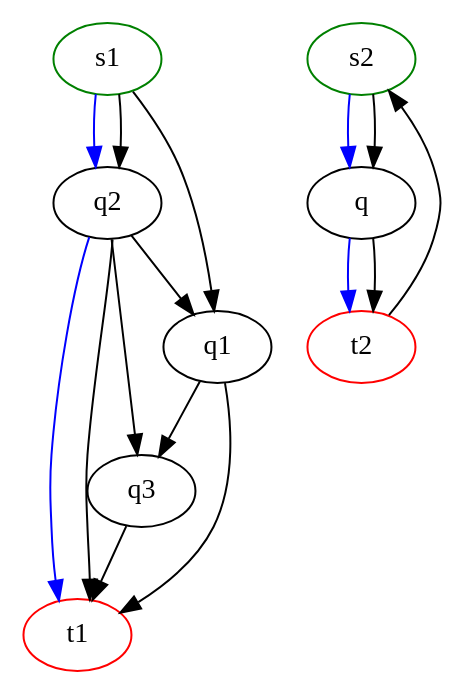
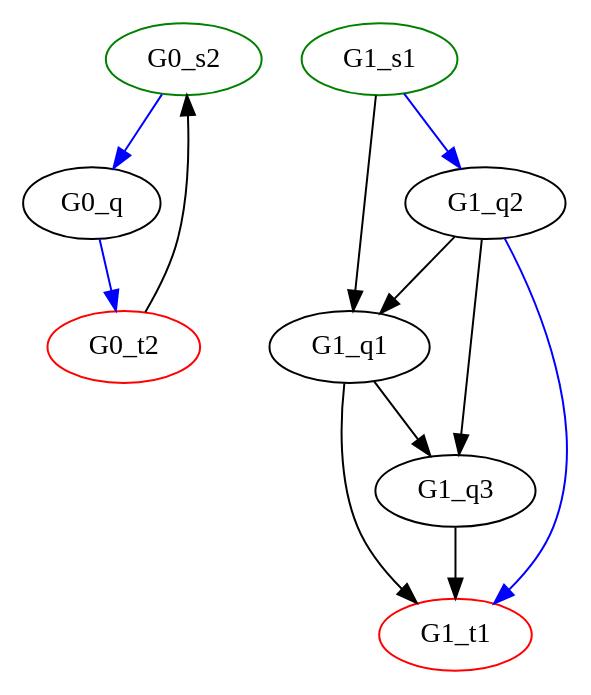
Before and after one commit to K1ntus/Computational-Complexity: the diagram in assignment/totoIsBG.dot, drawn with Graphviz. The commit also changed 4 other files, not shown here.

```diff
--- a/assignment/totoIsBG.dot
+++ b/assignment/totoIsBG.dot
@@ -1,29 +1,25 @@
 digraph G{
-s1->q2->t1 [color=blue];
-s2->q->t2 [color=blue];
 	subgraph 0{
-		s1 [initial=1,color=green];
-		s1->q1;
-		s1->q2;
-		t1 [final=1,color=red];
-		q1;
-		q1->t1;
-		q1->q3;
-		q2;
-		q2->t1;
-		q2->q1;
-		q2->q3;
-		q3;
-		q3->t1;
+		G0_s2 [initial=1,color=green];
+		G0_t2 [final=1,color=red];
+		G0_t2->G0_s2;
+		G0_q;
+		G0_s2->G0_q->G0_t2 [color=blue];
 		label = "Graphe 0";
 	}
 	subgraph 1{
-		s2 [initial=1,color=green];
-		s2->q;
-		t2 [final=1,color=red];
-		t2->s2;
-		q;
-		q->t2;
+		G1_s1 [initial=1,color=green];
+		G1_s1->G1_q1;
+		G1_t1 [final=1,color=red];
+		G1_q1;
+		G1_q1->G1_t1;
+		G1_q1->G1_q3;
+		G1_q2;
+		G1_q2->G1_q1;
+		G1_q2->G1_q3;
+		G1_q3;
+		G1_q3->G1_t1;
+		G1_s1->G1_q2->G1_t1 [color=blue];
 		label = "Graphe 1";
 	}
 }
```
